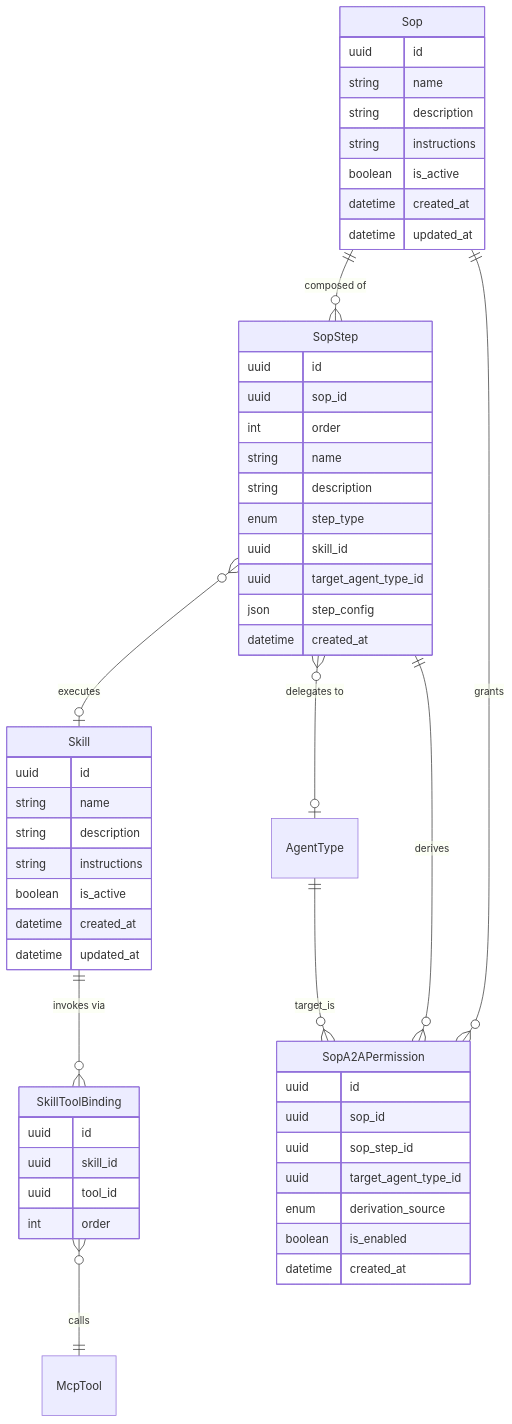
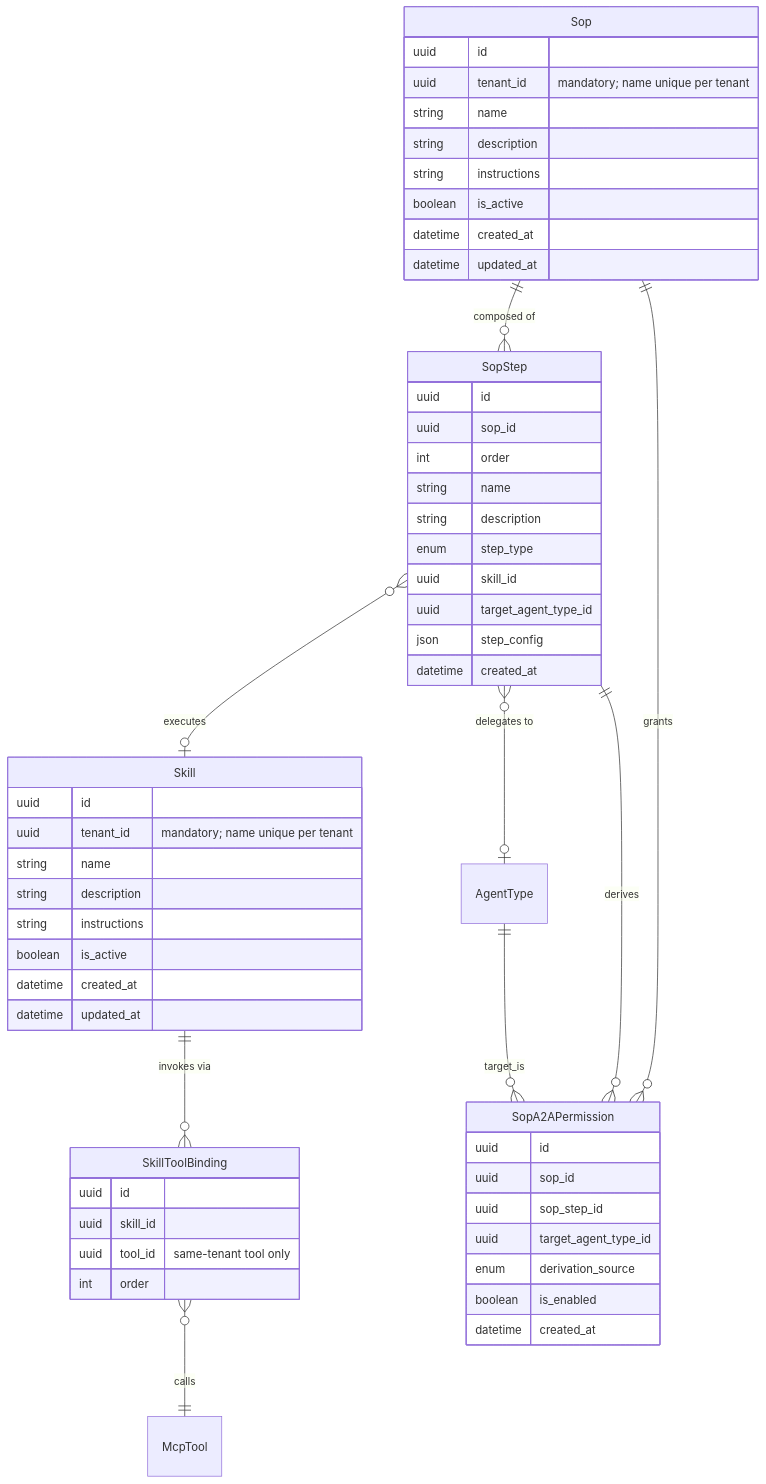
One commit to hurungang/parthenon changed the diagram in docs/master/data-model/modules/skills/entities.md. Above: the diagram before and after it, drawn with Mermaid. The commit also changed other lines of this file and 231 other files, not shown here.

````diff
--- a/docs/master/data-model/modules/skills/entities.md
+++ b/docs/master/data-model/modules/skills/entities.md
@@ -3,57 +3,59 @@
 ```mermaid
 erDiagram
     Skill {
         uuid id
+        uuid tenant_id "mandatory; name unique per tenant"
         string name
         string description
         string instructions
         boolean is_active
         datetime created_at
         datetime updated_at
     }
     SkillToolBinding {
         uuid id
         uuid skill_id
-        uuid tool_id
+        uuid tool_id "same-tenant tool only"
         int order
     }
     Sop {
         uuid id
+        uuid tenant_id "mandatory; name unique per tenant"
         string name
         string description
         string instructions
         boolean is_active
         datetime created_at
         datetime updated_at
     }
     SopStep {
         uuid id
         uuid sop_id
         int order
         string name
         string description
         enum step_type
         uuid skill_id
         uuid target_agent_type_id
         json step_config
         datetime created_at
     }
     SopA2APermission {
         uuid id
         uuid sop_id
         uuid sop_step_id
         uuid target_agent_type_id
         enum derivation_source
         boolean is_enabled
         datetime created_at
     }
 
     Skill ||--o{ SkillToolBinding : "invokes via"
     SkillToolBinding }o--|| McpTool : "calls"
     Sop ||--o{ SopStep : "composed of"
     SopStep }o--o| Skill : "executes"
     SopStep }o--o| AgentType : "delegates to"
     SopStep ||--o{ SopA2APermission : "derives"
     Sop ||--o{ SopA2APermission : "grants"
     AgentType ||--o{ SopA2APermission : "target_is"
 ```
````
